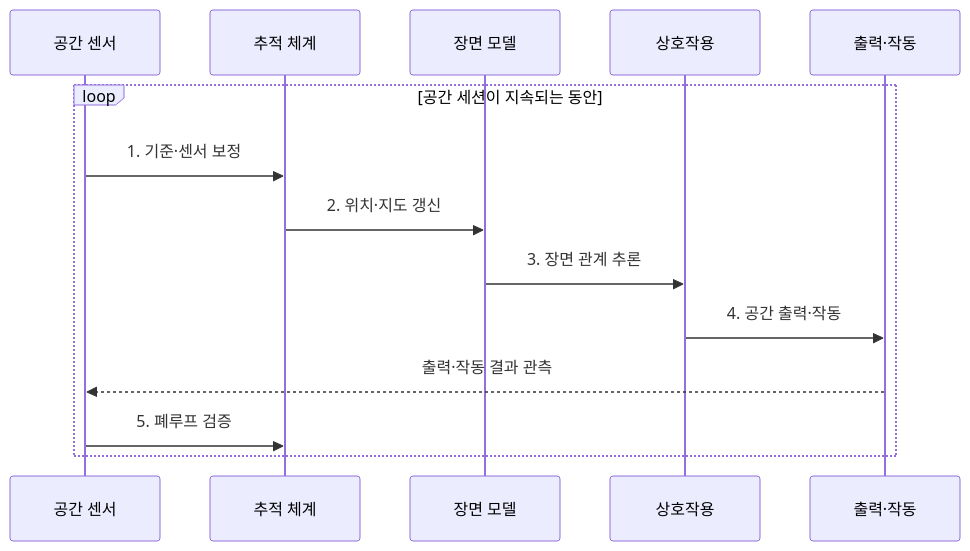
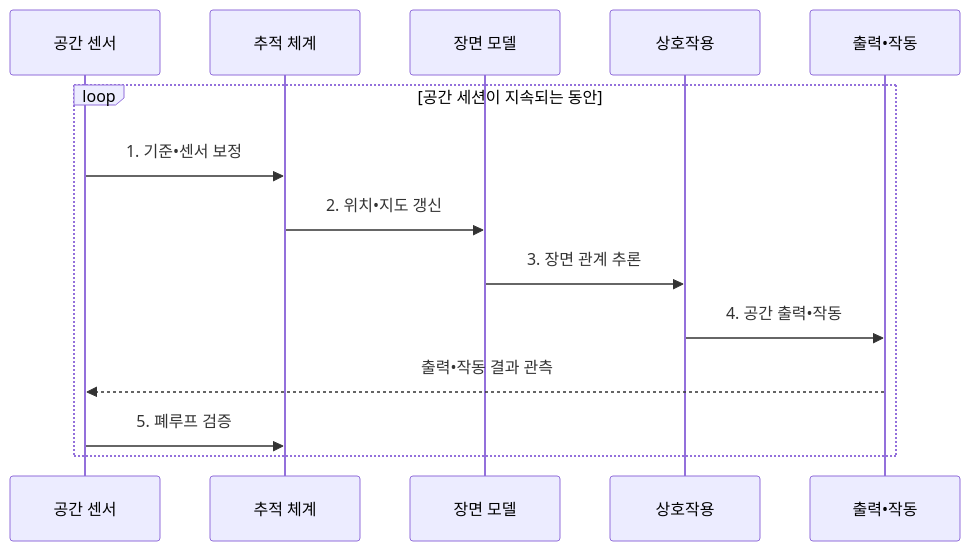
One commit to agnusdei1207/knowledge-base changed the second of 2 diagrams in src/content/docs/notes/08-latest-tech/225_spatial_computing.md. Above: the diagram before and after it, drawn with Mermaid. The commit also changed other lines of this file and 953 other files, not shown here.

````diff
--- a/src/content/docs/notes/08-latest-tech/225_spatial_computing.md
+++ b/src/content/docs/notes/08-latest-tech/225_spatial_computing.md
@@ -101,16 +101,16 @@
 ```mermaid
 sequenceDiagram
   participant S as 공간 센서
   participant T as 추적 체계
   participant M as 장면 모델
   participant I as 상호작용
-  participant O as 출력·작동
+  participant O as 출력•작동
   loop 공간 세션이 지속되는 동안
-    S->>T: 1. 기준·센서 보정
-    T->>M: 2. 위치·지도 갱신
+    S->>T: 1. 기준•센서 보정
+    T->>M: 2. 위치•지도 갱신
     M->>I: 3. 장면 관계 추론
-    I->>O: 4. 공간 출력·작동
-    O-->>S: 출력·작동 결과 관측
+    I->>O: 4. 공간 출력•작동
+    O-->>S: 출력•작동 결과 관측
     S->>T: 5. 폐루프 검증
   end
 ```
````
